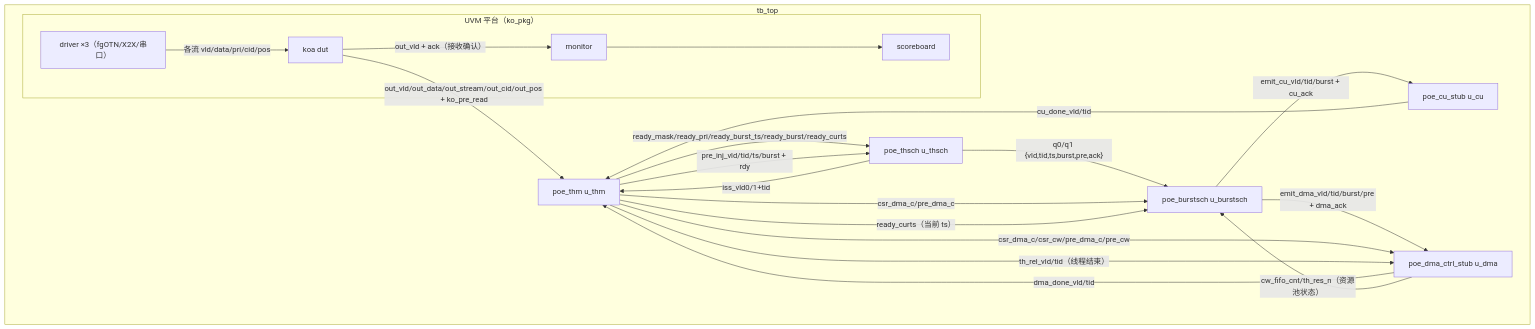
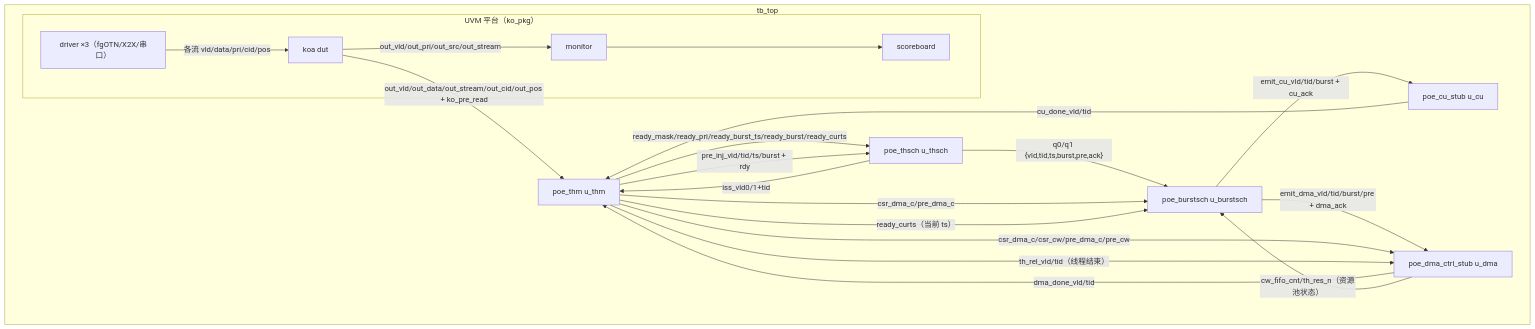
The diagram in docs/tb_top与模块结构.md (cpy121479/framer), drawn with Mermaid before and after one commit. The commit also changed other lines of this file and 9 other files, not shown here.

````diff
--- a/docs/tb_top与模块结构.md
+++ b/docs/tb_top与模块结构.md
@@ -32,31 +32,31 @@
 ```mermaid
 graph TD
   subgraph TB["tb_top"]
     subgraph UVM["UVM 平台（ko_pkg）"]
       DRV["driver ×3（fgOTN/X2X/串口）"] -->|"各流 vld/data/pri/cid/pos"| KOA
-      KOA -->|"out_vld + ack（接收确认）"| MON["monitor"]
+      KOA -->|"out_vld/out_pri/out_src/out_stream"| MON["monitor"]
       MON --> SCB["scoreboard"]
     end
     KOA["koa dut"]
     THM["poe_thm u_thm"]
     TS["poe_thsch u_thsch"]
     BS["poe_burstsch u_burstsch"]
     CU["poe_cu_stub u_cu"]
     DMA["poe_dma_ctrl_stub u_dma"]
 
     KOA -->|"out_vld/out_data/out_stream/out_cid/out_pos + ko_pre_read"| THM
     THM -->|"ready_mask/ready_pri/ready_burst_ts/ready_burst/ready_curts"| TS
     TS -->|"iss_vld0/1+tid"| THM
     TS -->|"q0/q1 {vld,tid,ts,burst,pre,ack}"| BS
     THM -->|"pre_inj_vld/tid/ts/burst + rdy"| TS
     BS -->|"emit_cu_vld/tid/burst + cu_ack"| CU
     BS -->|"emit_dma_vld/tid/burst/pre + dma_ack"| DMA
     CU -->|"cu_done_vld/tid"| THM
     DMA -->|"dma_done_vld/tid"| THM
     THM -->|"csr_dma_c/csr_cw/pre_dma_c/pre_cw"| DMA
     THM -->|"csr_dma_c/pre_dma_c"| BS
     THM -->|"th_rel_vld/tid（线程结束）"| DMA
     DMA -->|"cw_fifo_cnt/th_res_n（资源池状态）"| BS
     THM -->|"ready_curts（当前 ts）"| BS
   end
 ```
````
